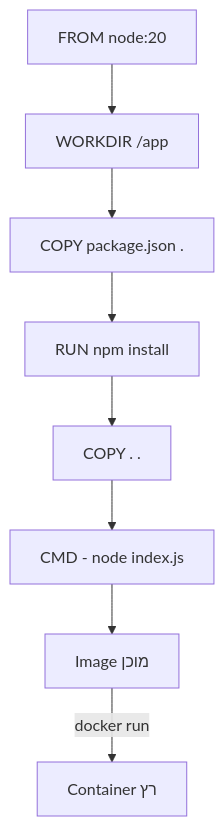
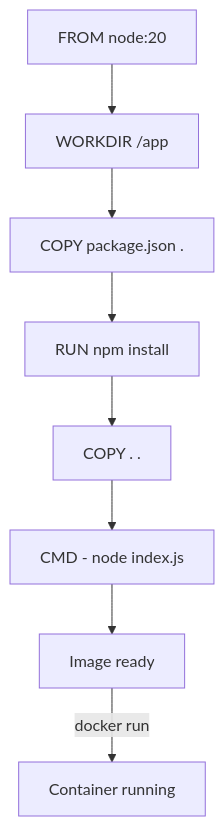
One commit to neriyaMalachi/FullStack_kodkode_5 changed the diagram in content/docs/docker/55-dockerfile-content.md. Above: the diagram before and after it, drawn with Mermaid. The commit also changed other lines of this file and 117 other files, not shown here.

````diff
--- a/content/docs/docker/55-dockerfile-content.md
+++ b/content/docs/docker/55-dockerfile-content.md
@@ -48,10 +48,10 @@
 ```mermaid
 flowchart TB
     A["FROM node:20"] --> B["WORKDIR /app"]
     B --> C["COPY package.json ."]
     C --> D["RUN npm install"]
     D --> E["COPY . ."]
     E --> F["CMD - node index.js"]
-    F --> G["Image מוכן"]
-    G -->|"docker run"| H["Container רץ"]
+    F --> G["Image ready"]
+    G -->|"docker run"| H["Container running"]
 ```
````
